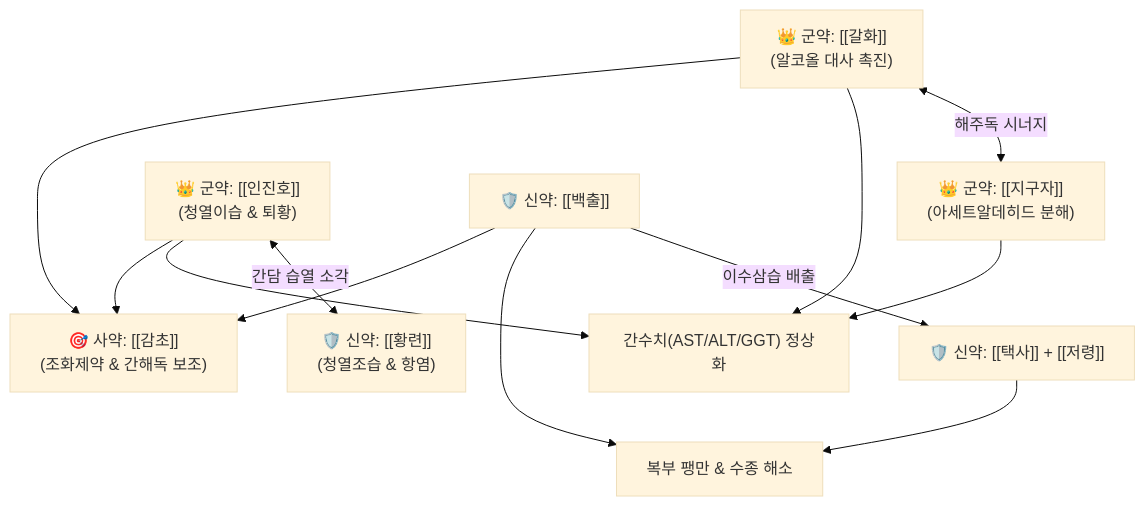
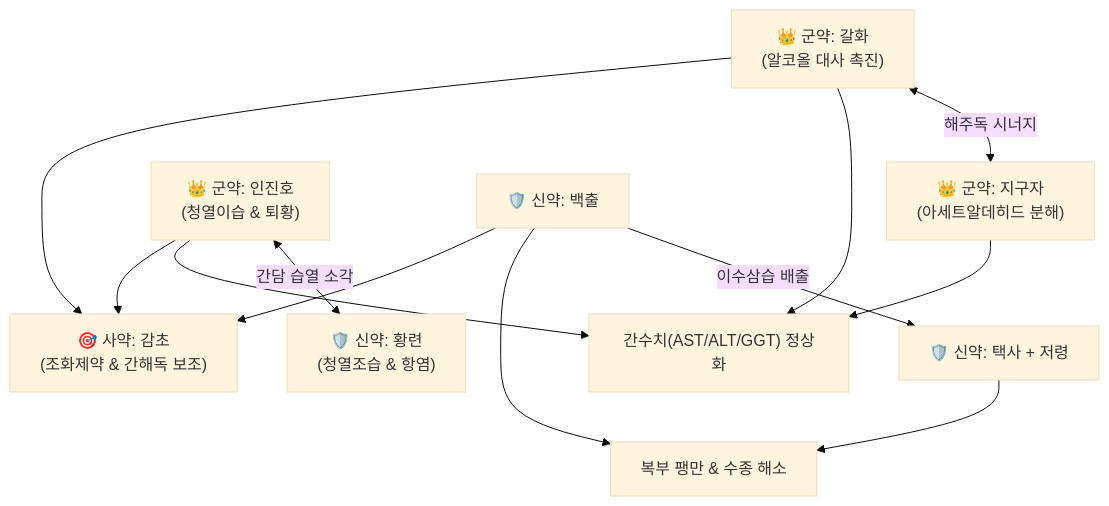
Before and after one commit to simbio11/simbio-digital-garden2: the diagram in content/2. 약리 공부/처방/03_화담·거습·이수제/간담습열방.md, drawn with Mermaid (base theme). The commit also changed other lines of this file and 323 other files, not shown here.

````diff
--- a/content/2. 약리 공부/처방/03_화담·거습·이수제/간담습열방.md
+++ b/content/2. 약리 공부/처방/03_화담·거습·이수제/간담습열방.md
@@ -58,9 +60,9 @@
 ```mermaid
 graph TD
-    GH["👑 군약: [[갈화]]<br>(알코올 대사 촉진)"] <-->|해주독 시너지| ZG["👑 군약: [[지구자]]<br>(아세트알데히드 분해)"]
-    IJ["👑 군약: [[인진호]]<br>(청열이습 & 퇴황)"] <-->|간담 습열 소각| HL["🛡️ 신약: [[황련]]<br>(청열조습 & 항염)"]
-    BC["🛡️ 신약: [[백출]]"] -->|이수삼습 배출| TS["🛡️ 신약: [[택사]] + [[저령]]"]
+    GH["👑 군약: 갈화<br>(알코올 대사 촉진)"] <-->|해주독 시너지| ZG["👑 군약: 지구자<br>(아세트알데히드 분해)"]
+    IJ["👑 군약: 인진호<br>(청열이습 & 퇴황)"] <-->|간담 습열 소각| HL["🛡️ 신약: 황련<br>(청열조습 & 항염)"]
+    BC["🛡️ 신약: 백출"] -->|이수삼습 배출| TS["🛡️ 신약: 택사 + 저령"]
     GH & ZG & IJ --> X["간수치(AST/ALT/GGT) 정상화"]
     BC & TS --> Y["복부 팽만 & 수종 해소"]
-    GH & IJ & BC --> GC["🎯 사약: [[감초]]<br>(조화제약 & 간해독 보조)"]
+    GH & IJ & BC --> GC["🎯 사약: 감초<br>(조화제약 & 간해독 보조)"]
 ```
````
